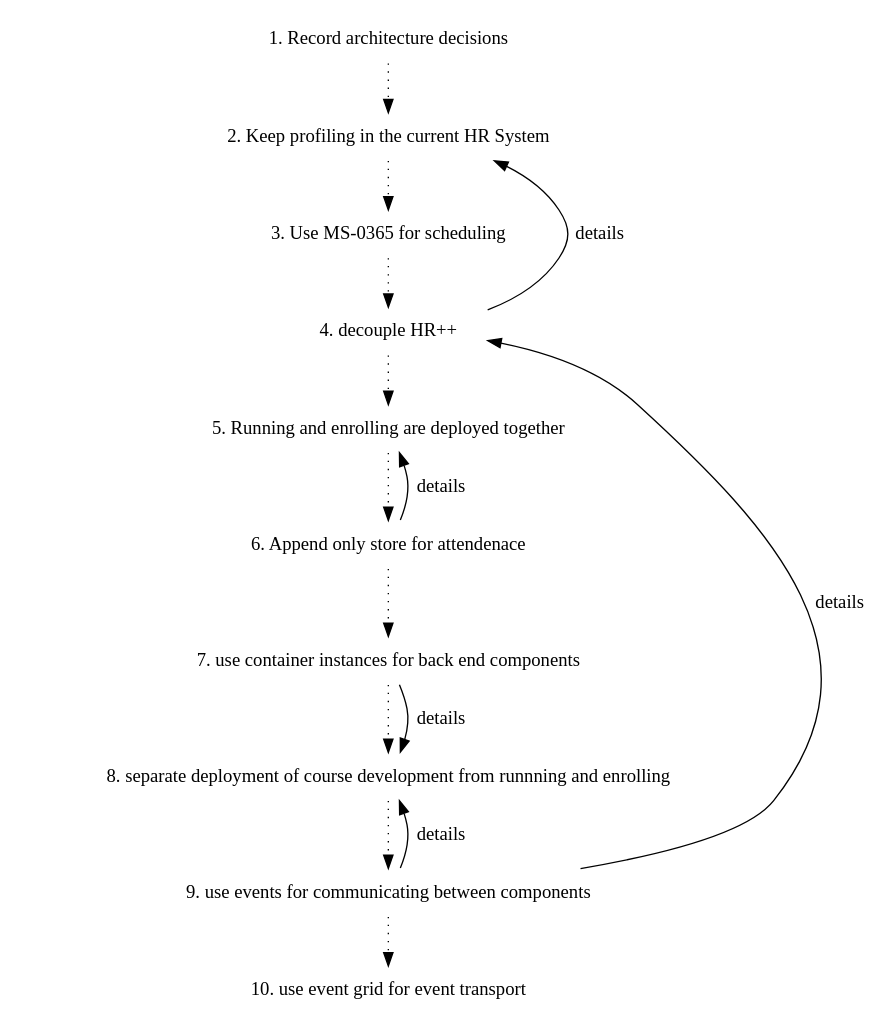
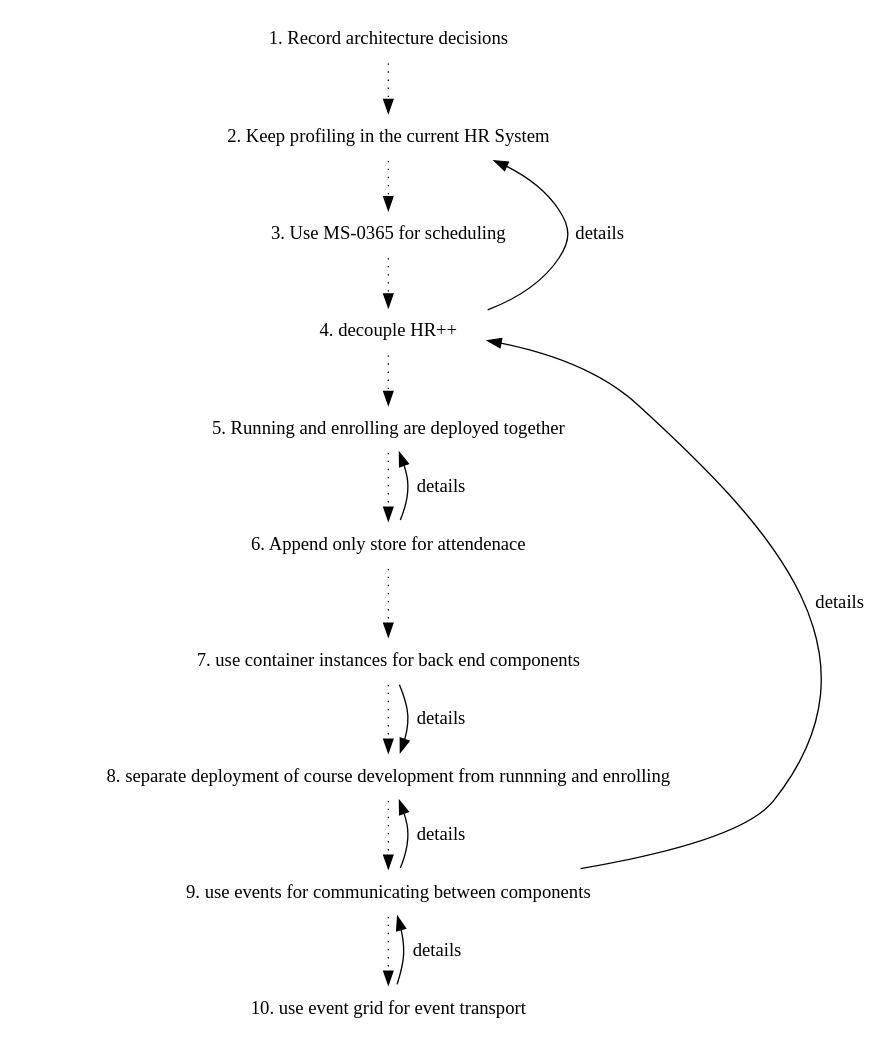
The diagram in doc/adr/index.dot (qwaneu/adr-spike), drawn with Graphviz before and after one commit.

Commit message:
9 and 10 linked

```diff
--- a/doc/adr/index.dot
+++ b/doc/adr/index.dot
@@ -1,29 +1,30 @@
 digraph {
   node [shape=plaintext];
   subgraph {
     _1 [label="1. Record architecture decisions"; URL="0001-record-architecture-decisions.html"];
     _2 [label="2. Keep profiling in the current HR System"; URL="0002-keep-profiling-in-the-current-hr-system.html"];
     _1 -> _2 [style="dotted", weight=1];
     _3 [label="3. Use MS-0365 for scheduling"; URL="0003-use-ms-0365-for-scheduling.html"];
     _2 -> _3 [style="dotted", weight=1];
     _4 [label="4. decouple HR++"; URL="0004-decouple-hr.html"];
     _3 -> _4 [style="dotted", weight=1];
     _5 [label="5. Running and enrolling are deployed together"; URL="0005-running-and-enrolling-are-deployed-together.html"];
     _4 -> _5 [style="dotted", weight=1];
     _6 [label="6. Append only store for attendenace"; URL="0006-append-only-store-for-attendenace.html"];
     _5 -> _6 [style="dotted", weight=1];
     _7 [label="7. use container instances for back end components"; URL="0007-use-container-instances-for-back-end-components.html"];
     _6 -> _7 [style="dotted", weight=1];
     _8 [label="8. separate deployment of course development from runnning and enrolling"; URL="0008-separate-course-development-from-runnning-and-enrolling.html"];
     _7 -> _8 [style="dotted", weight=1];
     _9 [label="9. use events for communicating between components"; URL="0009-use-events-for-communicating-between-components.html"];
     _8 -> _9 [style="dotted", weight=1];
     _10 [label="10. use event grid for event transport"; URL="0010-use-event-grid-for-event-transport.html"];
     _9 -> _10 [style="dotted", weight=1];
   }
   _4 -> _2 [label="details", weight=0]
   _6 -> _5 [label="details", weight=0]
   _7 -> _8 [label="details", weight=0]
   _9 -> _8 [label="details", weight=0]
   _9 -> _4 [label="details", weight=0]
+  _10 -> _9 [label="details", weight=0]
 }
```
